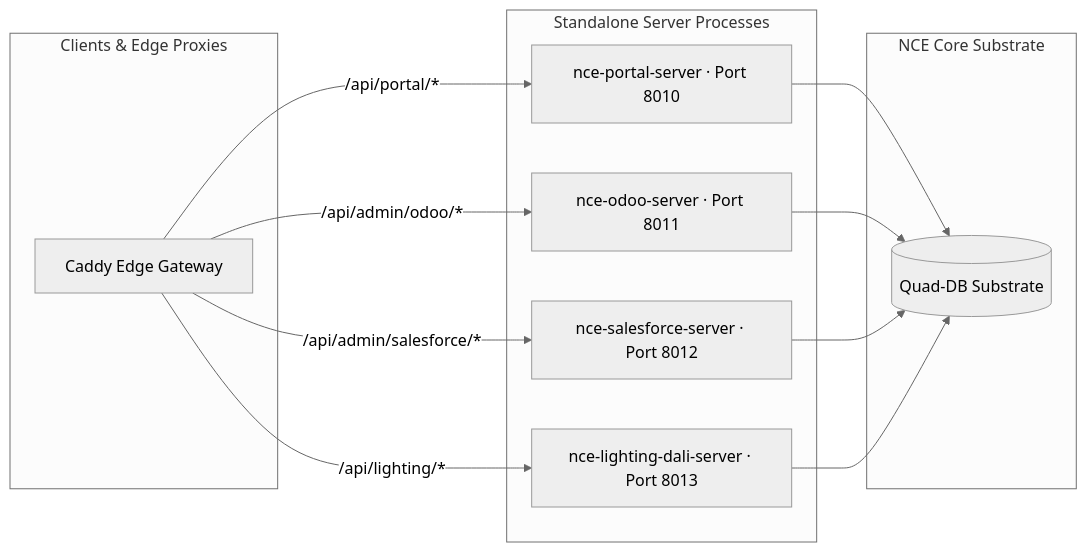
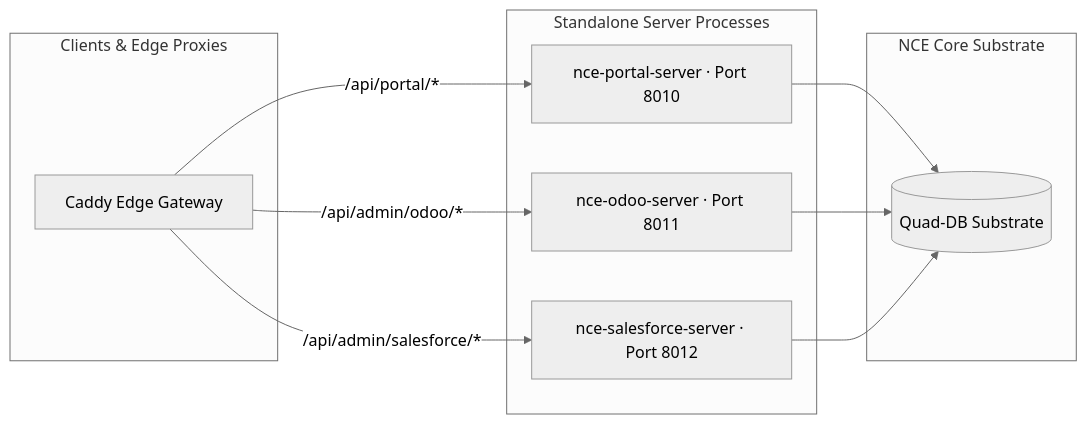
The third of 3 diagrams in docs/DUAL_AXIS_ARCHITECTURE.md (sindrehaugen/nce-vertical-engines), drawn with Mermaid (neutral theme) before and after one commit. The commit also changed other lines of this file and 31 other files, not shown here.

First line of the commit message:
refactor!: extract experimental DALI lighting module to external plugin

````diff
--- a/docs/DUAL_AXIS_ARCHITECTURE.md
+++ b/docs/DUAL_AXIS_ARCHITECTURE.md
@@ -249,27 +247,24 @@
 ```mermaid
 flowchart LR
     subgraph Clients [Clients & Edge Proxies]
         CADDY[Caddy Edge Gateway]
     end
 
     subgraph Servers [Standalone Server Processes]
         P[nce-portal-server · Port 8010]
         O[nce-odoo-server · Port 8011]
         S[nce-salesforce-server · Port 8012]
-        L[nce-lighting-dali-server · Port 8013]
     end
 
     subgraph Core [NCE Core Substrate]
         QUAD[(Quad-DB Substrate)]
     end
 
     CADDY -->|/api/portal/*| P
     CADDY -->|/api/admin/odoo/*| O
     CADDY -->|/api/admin/salesforce/*| S
-    CADDY -->|/api/lighting/*| L
 
     P --> QUAD
     O --> QUAD
     S --> QUAD
-    L --> QUAD
 ```
````
